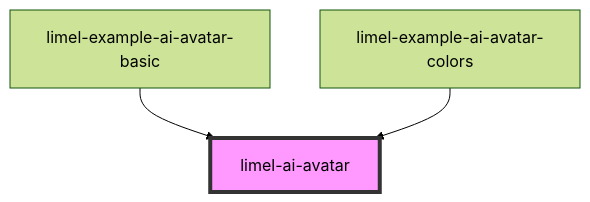
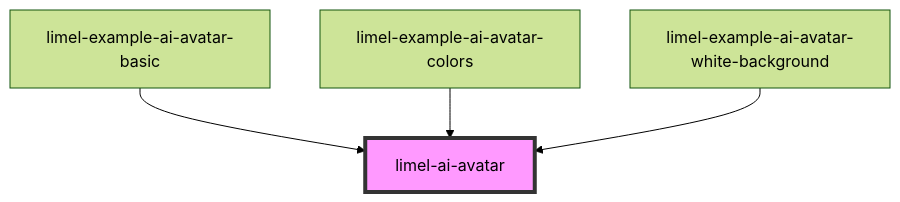
Before and after one commit to Lundalogik/lime-elements: the diagram in versions/PR-3708/markdown-docs/components/ai-avatar/readme.md, drawn with Mermaid (forest theme). The commit also changed other lines of this file and 569 other files, not shown here.

````diff
--- a/versions/PR-3708/markdown-docs/components/ai-avatar/readme.md
+++ b/versions/PR-3708/markdown-docs/components/ai-avatar/readme.md
@@ -36,6 +37,7 @@
 ```mermaid
 graph TD;
   limel-example-ai-avatar-basic --> limel-ai-avatar
   limel-example-ai-avatar-colors --> limel-ai-avatar
+  limel-example-ai-avatar-white-background --> limel-ai-avatar
   style limel-ai-avatar fill:#f9f,stroke:#333,stroke-width:4px
 ```
````
